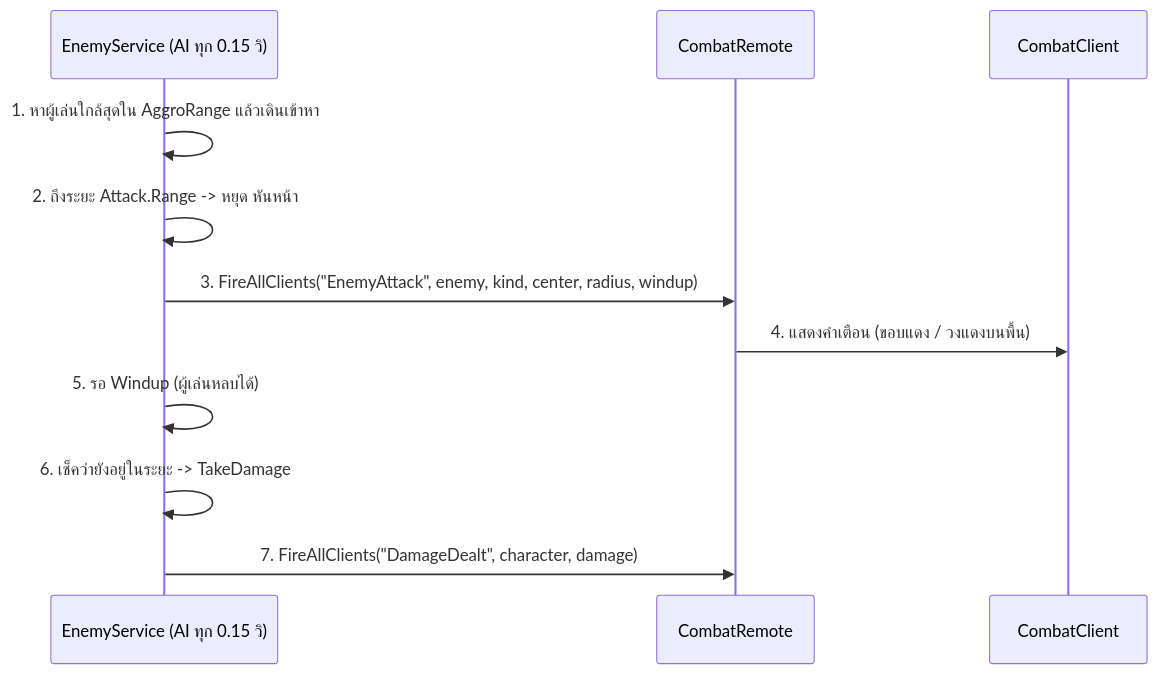
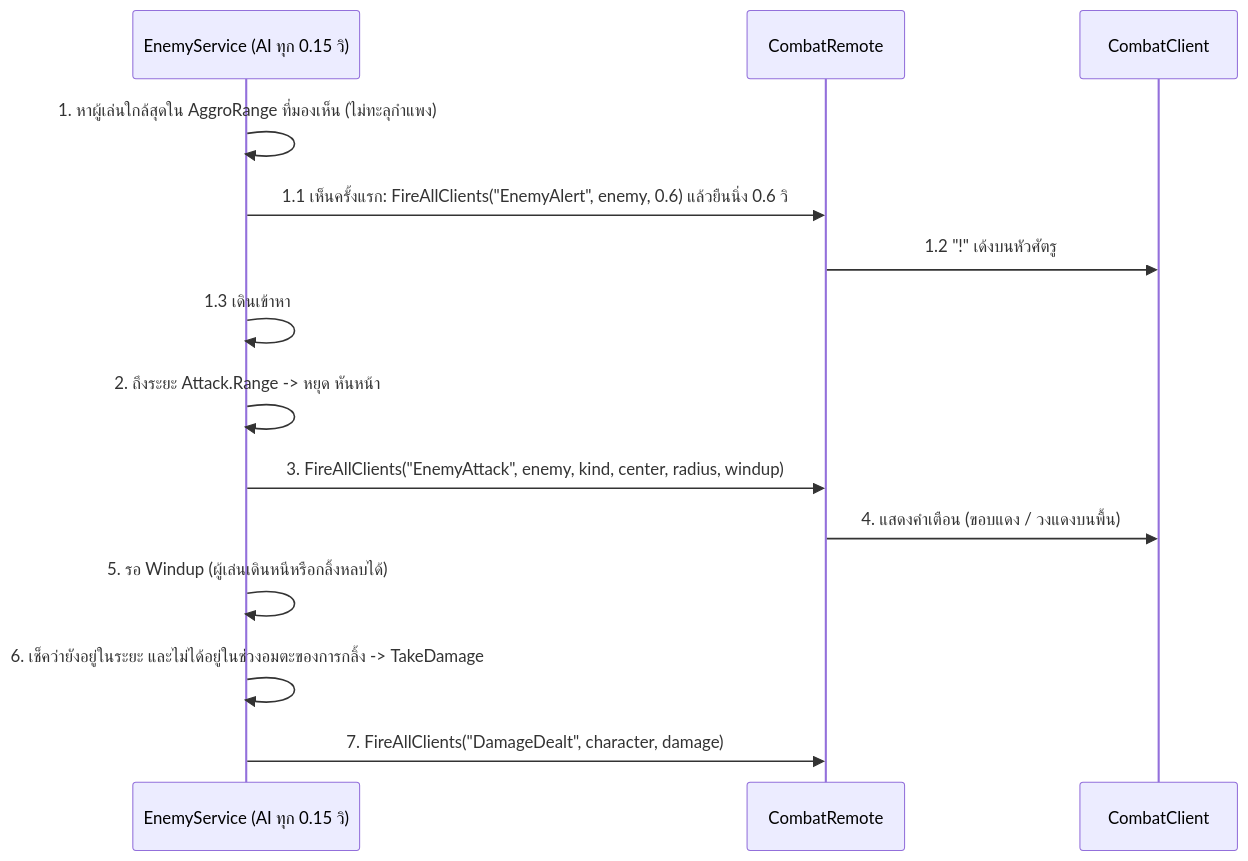
Before and after one commit to Weerapap3006/POE-ROBLOX: the second of 2 diagrams in ARCHITECTURE.md, drawn with Mermaid. The commit also changed other lines of this file and 7 other files, not shown here.

````diff
--- a/ARCHITECTURE.md
+++ b/ARCHITECTURE.md
@@ -286,14 +304,17 @@
 ```mermaid
 sequenceDiagram
     participant E as EnemyService (AI ทุก 0.15 วิ)
     participant R as CombatRemote
     participant C as CombatClient
 
-    E->>E: 1. หาผู้เล่นใกล้สุดใน AggroRange แล้วเดินเข้าหา
+    E->>E: 1. หาผู้เล่นใกล้สุดใน AggroRange ที่มองเห็น (ไม่ทะลุกำแพง)
+    E->>R: 1.1 เห็นครั้งแรก: FireAllClients("EnemyAlert", enemy, 0.6) แล้วยืนนิ่ง 0.6 วิ
+    R->>C: 1.2 "!" เด้งบนหัวศัตรู
+    E->>E: 1.3 เดินเข้าหา
     E->>E: 2. ถึงระยะ Attack.Range -> หยุด หันหน้า
     E->>R: 3. FireAllClients("EnemyAttack", enemy, kind, center, radius, windup)
     R->>C: 4. แสดงคำเตือน (ขอบแดง / วงแดงบนพื้น)
-    E->>E: 5. รอ Windup (ผู้เล่นหลบได้)
-    E->>E: 6. เช็คว่ายังอยู่ในระยะ -> TakeDamage
+    E->>E: 5. รอ Windup (ผู้เล่นเดินหนีหรือกลิ้งหลบได้)
+    E->>E: 6. เช็คว่ายังอยู่ในระยะ และไม่ได้อยู่ในช่วงอมตะของการกลิ้ง -> TakeDamage
     E->>R: 7. FireAllClients("DamageDealt", character, damage)
 ```
````
